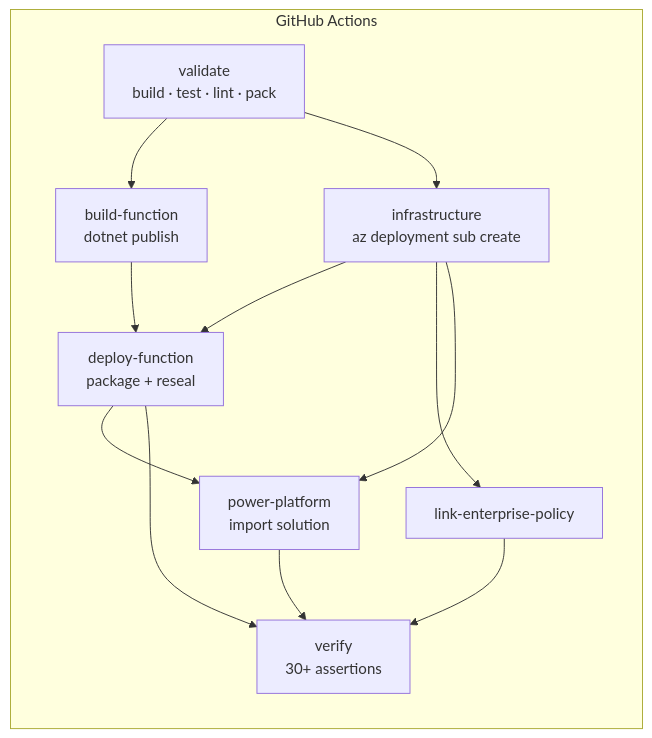
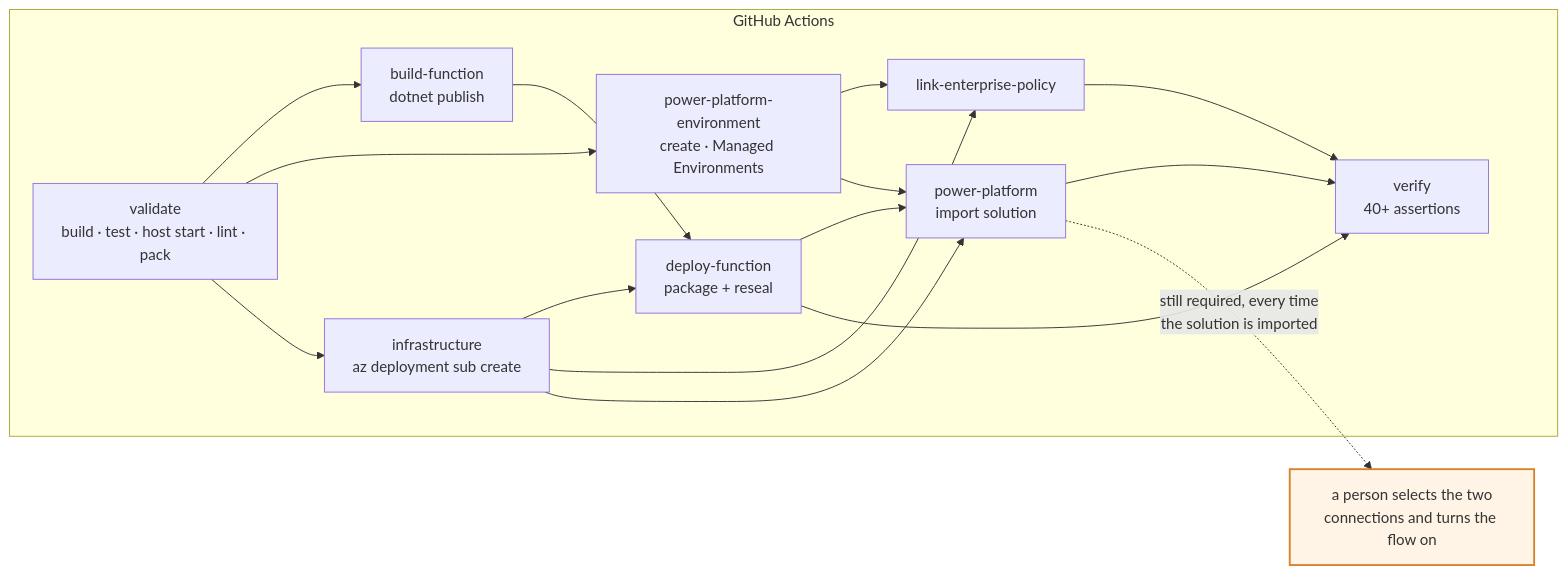
The diagram in docs/architecture.md (tinodo/secure-request-classifier), drawn with Mermaid before and after one commit. The commit also changed other lines of this file and 18 other files, not shown here.

````diff
--- a/docs/architecture.md
+++ b/docs/architecture.md
@@ -178,21 +177,31 @@
 ```mermaid
 flowchart LR
     subgraph gh["GitHub Actions"]
-        V["validate<br/>build · test · lint · pack"]
+        V["validate<br/>build · test · host start · lint · pack"]
         BF["build-function<br/>dotnet publish"]
+        PPE["power-platform-environment<br/>create · Managed Environments"]
         I["infrastructure<br/>az deployment sub create"]
         DF["deploy-function<br/>package + reseal"]
         L["link-enterprise-policy"]
         PP["power-platform<br/>import solution"]
-        VER["verify<br/>30+ assertions"]
+        VER["verify<br/>40+ assertions"]
     end
 
+    MAN["a person selects the two<br/>connections and turns the flow on"]
+
     V --> BF --> DF
+    V --> PPE
     V --> I --> DF
     I --> L
+    PPE --> L
     I --> PP
+    PPE --> PP
     DF --> PP
     DF --> VER
     L --> VER
     PP --> VER
+    PP -.->|"still required, every time<br/>the solution is imported"| MAN
+
+    classDef manual fill:#fff4e6,stroke:#d9822b,stroke-width:2px
+    class MAN manual
 ```
````
